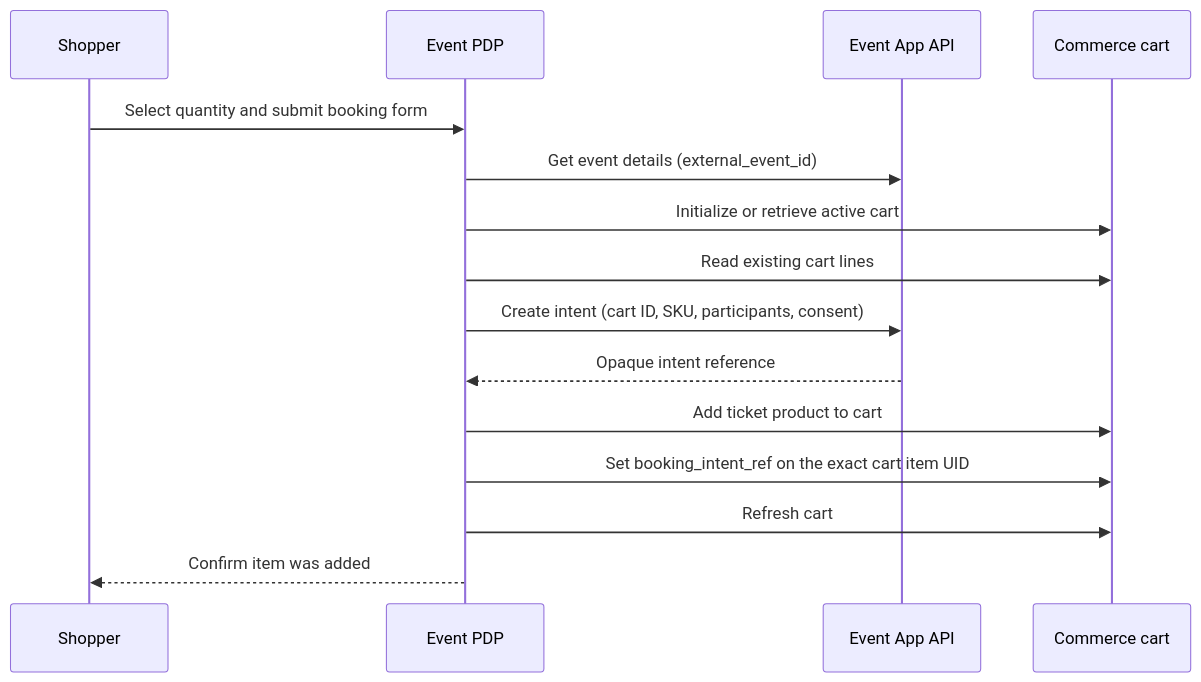
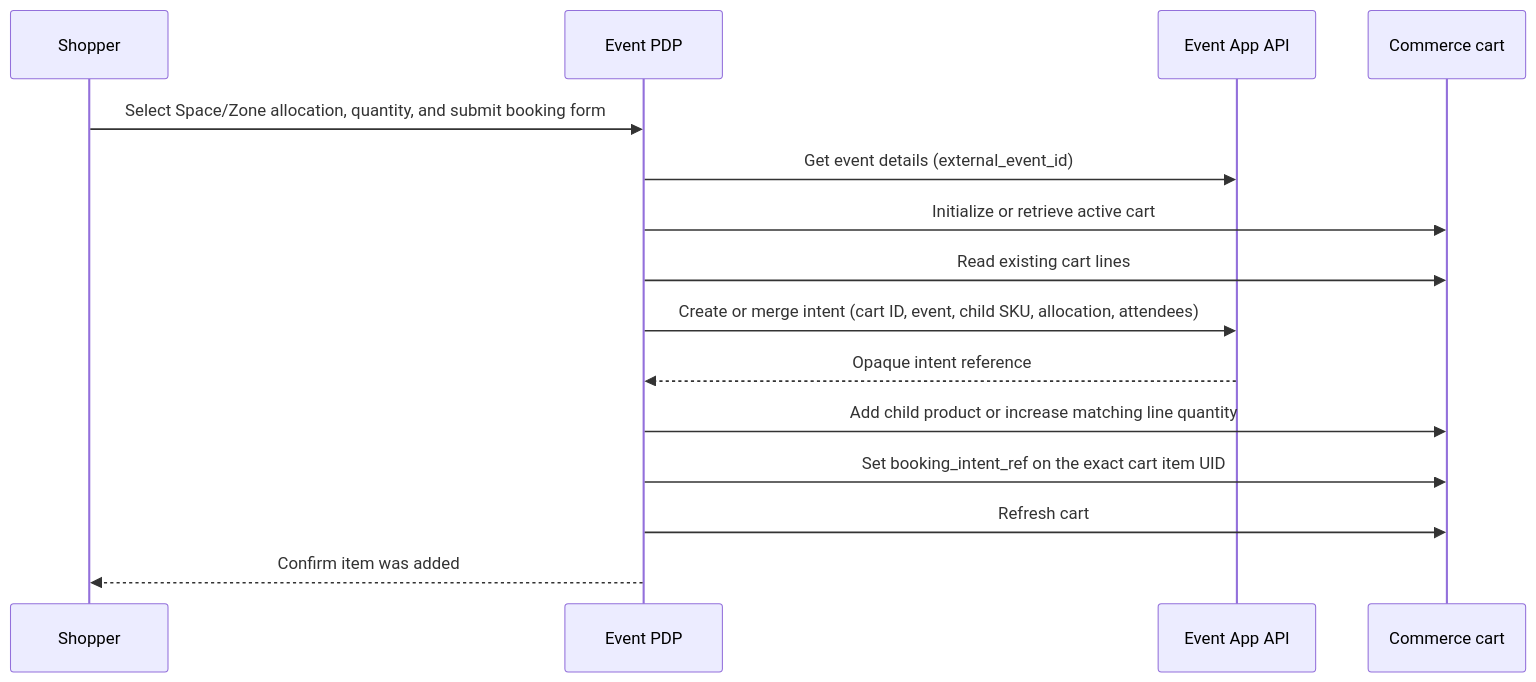
One commit to duongvo-paved/aem-event-booking-commerce changed the second of 2 diagrams in docs/README.md. Above: the diagram before and after it, drawn with Mermaid. The commit also changed other lines of this file and 19 other files, not shown here.

Commit message:
2281 Add Venue, Space & Zone Management

````diff
--- a/docs/README.md
+++ b/docs/README.md
@@ -77,18 +78,18 @@
 ```mermaid
 sequenceDiagram
   participant S as Shopper
   participant P as Event PDP
   participant E as Event App API
   participant C as Commerce cart
 
-  S->>P: Select quantity and submit booking form
+  S->>P: Select Space/Zone allocation, quantity, and submit booking form
   P->>E: Get event details (external_event_id)
   P->>C: Initialize or retrieve active cart
   P->>C: Read existing cart lines
-  P->>E: Create intent (cart ID, SKU, participants, consent)
+  P->>E: Create or merge intent (cart ID, event, child SKU, allocation, attendees)
   E-->>P: Opaque intent reference
-  P->>C: Add ticket product to cart
+  P->>C: Add child product or increase matching line quantity
   P->>C: Set booking_intent_ref on the exact cart item UID
   P->>C: Refresh cart
   P-->>S: Confirm item was added
 ```
````
